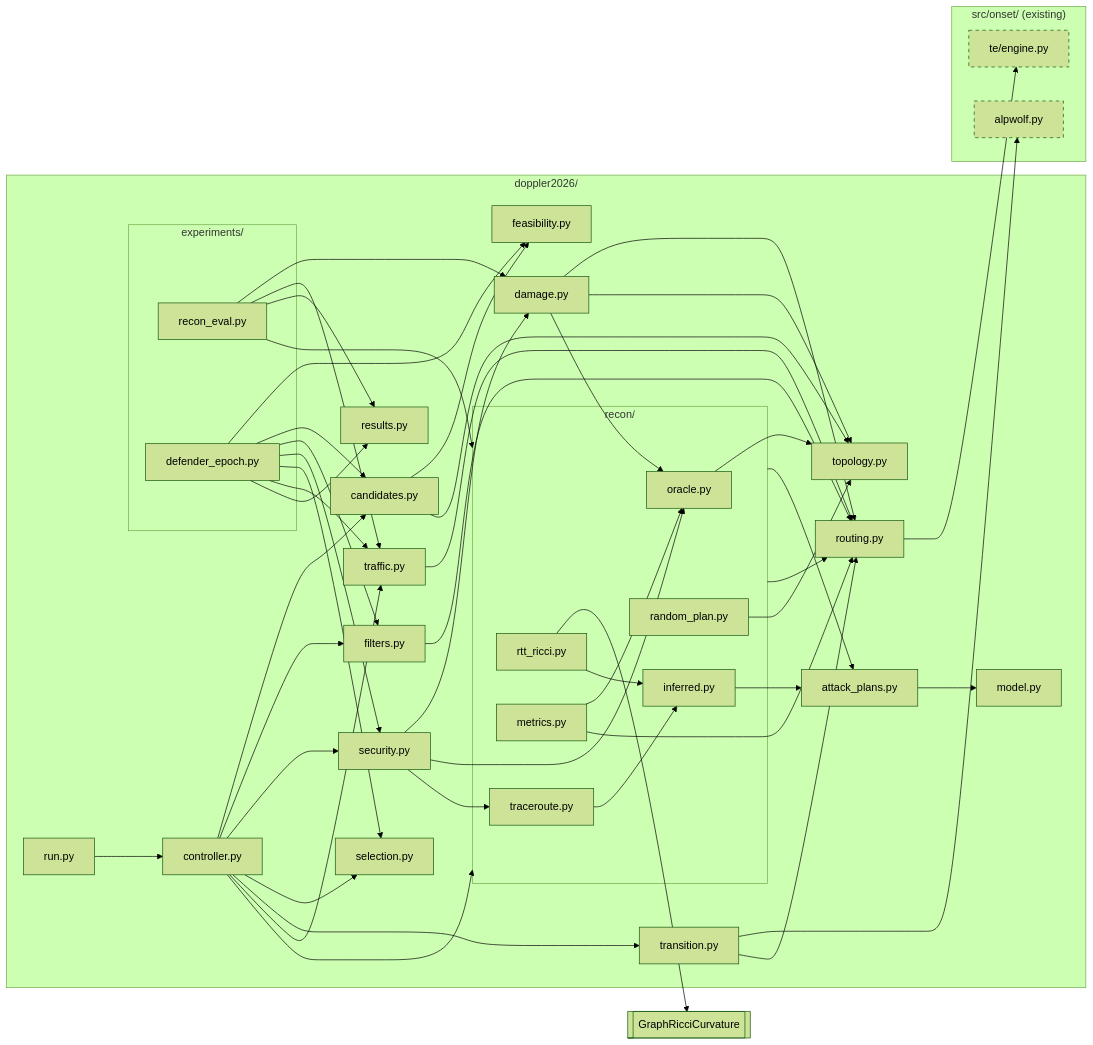
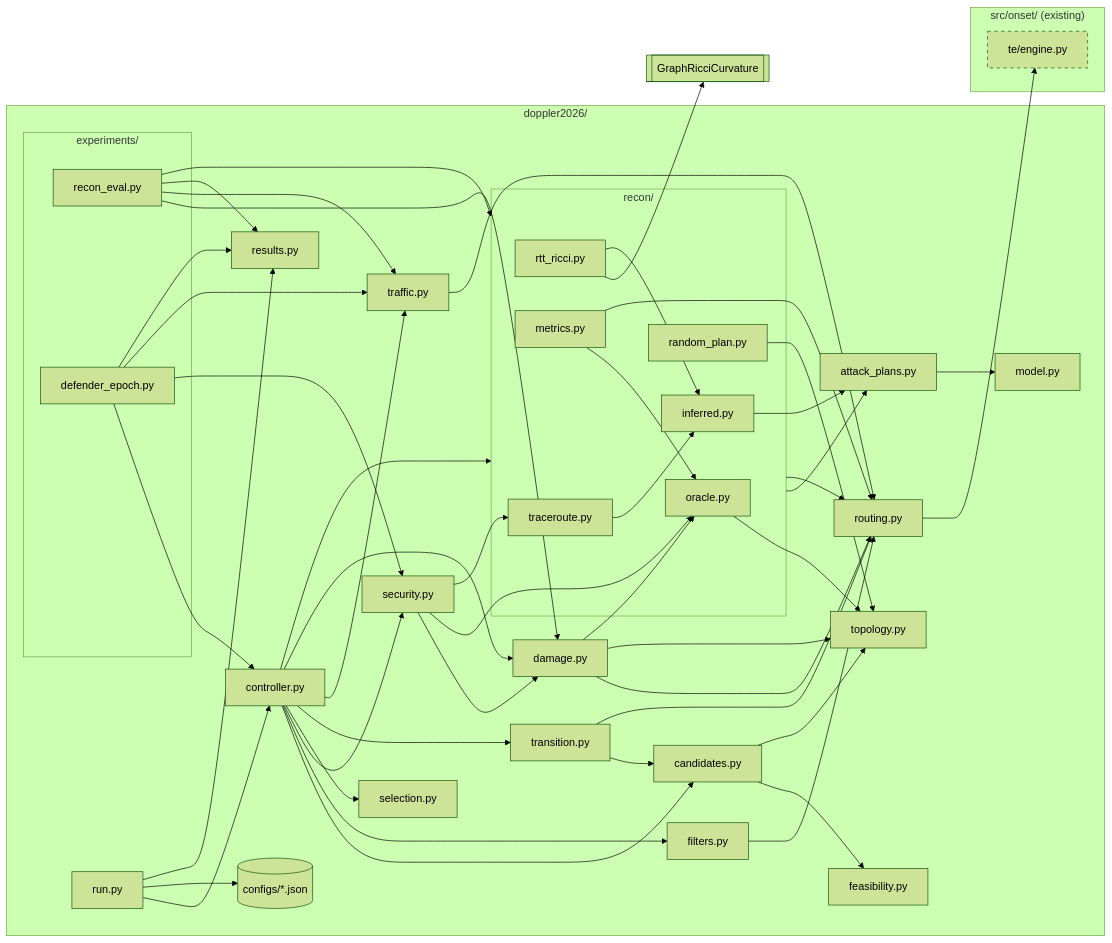
Before and after one commit to valkyorl/doppler-expansion-and-testing: the diagram in doppler2026/docs/diagrams/modules.md, drawn with Mermaid (forest theme). The commit also changed 21 other files, not shown here.

````diff
--- a/doppler2026/docs/diagrams/modules.md
+++ b/doppler2026/docs/diagrams/modules.md
@@ -7,62 +7,63 @@
 ```mermaid
 flowchart LR
     subgraph d26["doppler2026/"]
         run["run.py"]
         controller["controller.py"]
         transition["transition.py"]
         selection["selection.py"]
         security["security.py"]
         filters["filters.py"]
         candidates["candidates.py"]
         feasibility["feasibility.py"]
         damage["damage.py"]
         plans["attack_plans.py"]
         routing["routing.py"]
         traffic["traffic.py"]
         topo["topology.py"]
         model["model.py"]
         subgraph recon["recon/"]
             oracle["oracle.py"]
             rnd["random_plan.py"]
             tr["traceroute.py"]
             rtt["rtt_ricci.py"]
             metrics["metrics.py"]
             inferred["inferred.py"]
         end
         subgraph exps["experiments/"]
             recon_eval["recon_eval.py"]
             defender_epoch["defender_epoch.py"]
         end
+        configs[("configs/*.json")]
         results["results.py"]
     end
 
     subgraph shared["src/onset/ (existing)"]
         te["te/engine.py"]
-        wolf["alpwolf.py"]
     end
 
     grc[["GraphRicciCurvature"]]
 
     run --> controller
-    controller --> candidates & filters & security & selection & transition & traffic
+    run --> configs & results
+    controller --> candidates & filters & security & selection & transition & traffic & damage
     controller --> recon
     candidates --> feasibility & topo
     filters --> routing
     security --> damage & oracle & tr
     damage --> routing & oracle
-    transition --> wolf & routing
+    transition --> candidates & routing
     recon --> plans & routing
     rtt --> grc
     tr & rtt --> inferred
     inferred --> plans
     metrics --> oracle & routing
     recon_eval --> recon & damage & traffic & results
-    defender_epoch --> feasibility & candidates & filters & security & selection & traffic & results
+    defender_epoch --> controller & security & traffic & results
     routing --> te
     traffic --> routing
     oracle & rnd & damage --> topo
     plans --> model
 
     classDef existing stroke-dasharray: 5 5
-    class te,wolf existing
+    class te existing
 ```
````
